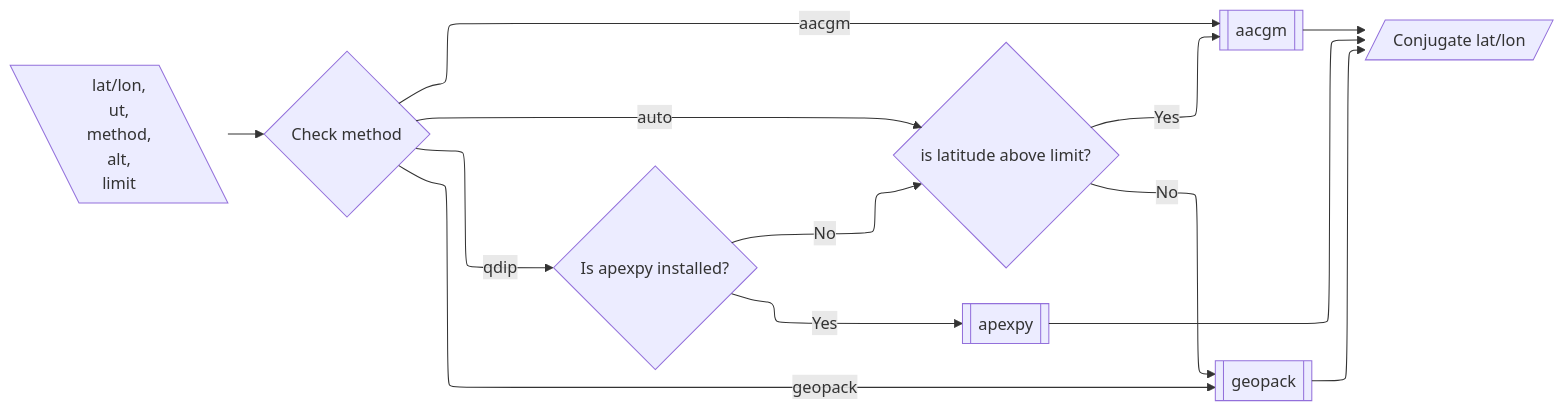
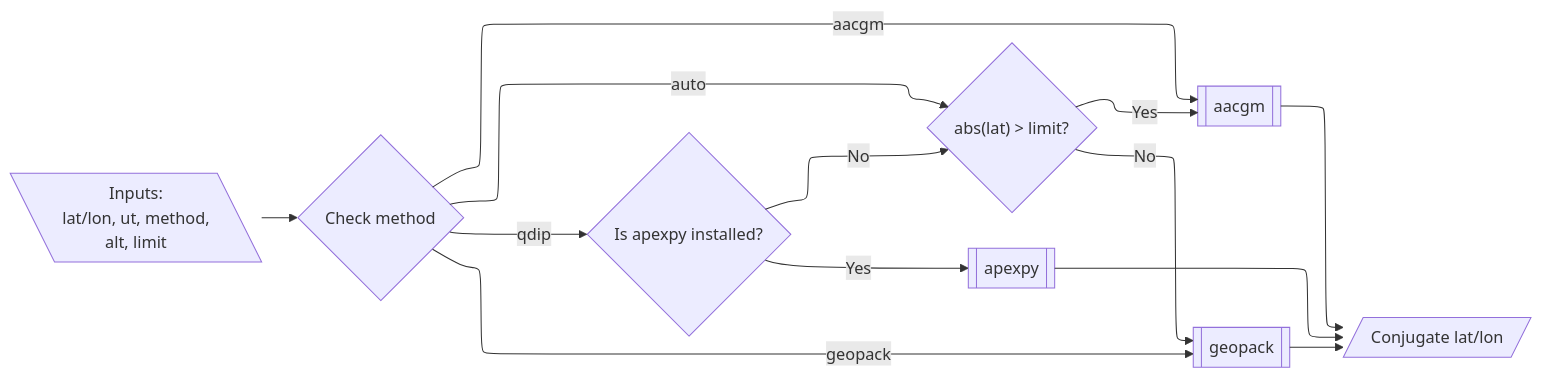
Before and after one commit to KCollins/conjugate_map: the first of 3 diagrams in docs/architecture.md, drawn with Mermaid. The commit also changed other lines of this file, not shown here.

````diff
--- a/docs/architecture.md
+++ b/docs/architecture.md
@@ -36,25 +3,23 @@
 ```mermaid
 ---
 config:
   layout: elk
 ---
 graph LR
-    Start@{ shape: lean-l, label: "lat/lon,
-    ut,
-    method,
-    alt,
-    limit" }
+    Start@{ shape: lean-l, label: "Inputs:
+    lat/lon, ut, method,
+    alt, limit" }
     Start --> CheckMethod{Check method};
-    CheckMethod -- auto --> autoq{"is latitude above limit?"};
+    CheckMethod -- auto --> autoq{"abs(lat) > limit?"};
     autoq-->|Yes| aacgm[[aacgm]]
     autoq-->|No| geopack[[geopack]]
     CheckMethod -- qdip --> qdipq{"Is apexpy installed?"};
     qdipq-->|Yes| apexpy[[apexpy]]
     qdipq-->|No| autoq
     CheckMethod -- aacgm --> aacgm;
     geopack --> output@{ shape: lean-r, label: "Conjugate lat/lon"}
     CheckMethod -- geopack --> geopack;
     aacgm --> output
     apexpy --> output
 
 ```
````
